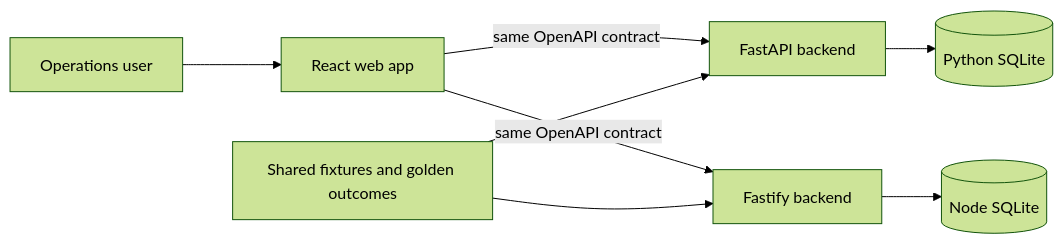
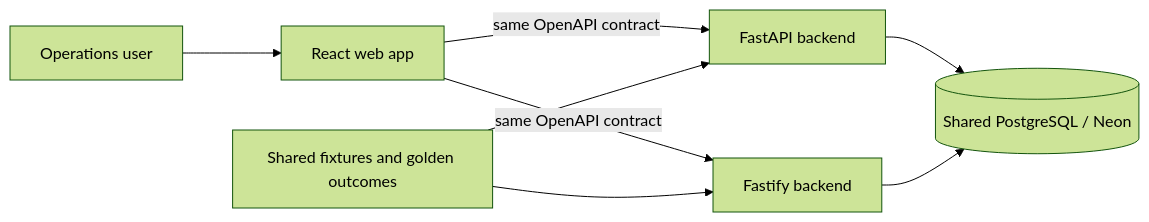
The first of 5 diagrams in docs/architecture.md (rajkunwar4/atlas-assignment), drawn with Mermaid (forest theme) before and after one commit. The commit also changed other lines of this file and 1 other file, not shown here.

Commit message:
docs: define shared postgres and review architecture

````diff
--- a/docs/architecture.md
+++ b/docs/architecture.md
@@ -11,10 +11,10 @@
 ```mermaid
 flowchart LR
   O[Operations user] --> W[React web app]
   W -->|same OpenAPI contract| P[FastAPI backend]
   W -->|same OpenAPI contract| N[Fastify backend]
-  P --> PD[(Python SQLite)]
-  N --> ND[(Node SQLite)]
+  P --> DB[(Shared PostgreSQL / Neon)]
+  N --> DB
   F[Shared fixtures and golden outcomes] --> P
   F --> N
 ```
````
